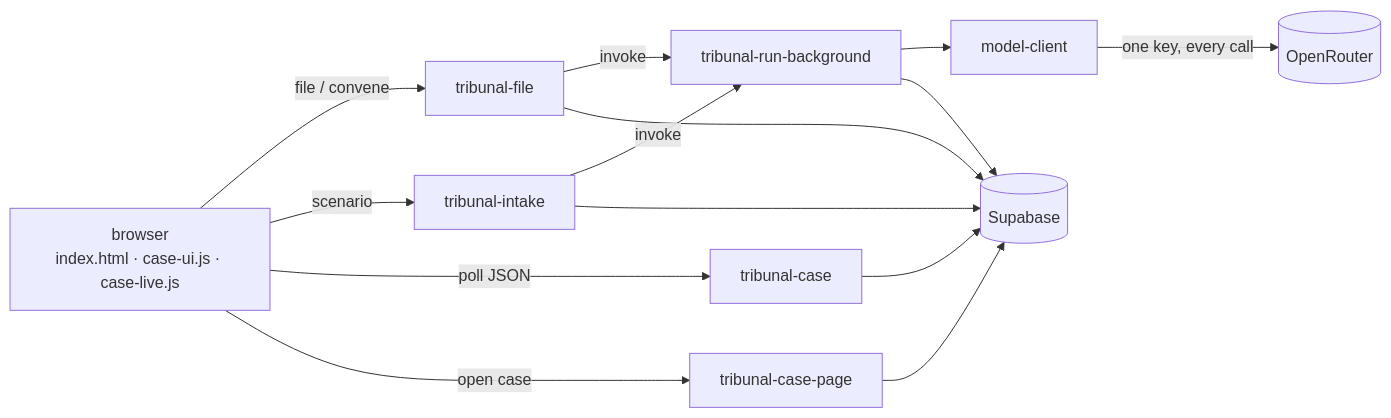
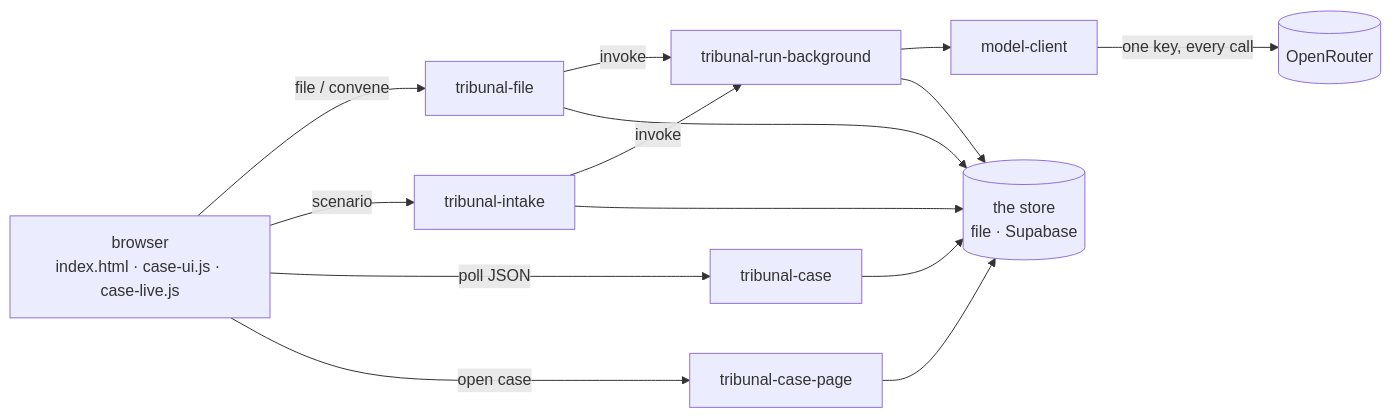
Before and after one commit to ShaharAviram1/Tribunal: the first of 2 diagrams in ARCHITECTURE.md, drawn with Mermaid. The commit also changed other lines of this file and 15 other files, not shown here.

````diff
--- a/ARCHITECTURE.md
+++ b/ARCHITECTURE.md
@@ -39,25 +45,25 @@
 ```mermaid
 flowchart LR
   B[browser<br/>index.html · case-ui.js · case-live.js]
   F[tribunal-file]
   I[tribunal-intake]
   C[tribunal-case]
   P[tribunal-case-page]
   R[tribunal-run-background]
   M[model-client]
-  S[(Supabase)]
+  S[(the store<br/>file · Supabase)]
   O[(OpenRouter)]
   B -->|file / convene| F
   B -->|scenario| I
   B -->|poll JSON| C
   B -->|open case| P
   F -->|invoke| R
   I -->|invoke| R
   R --> M
   M -->|one key, every call| O
   F --> S
   I --> S
   R --> S
   C --> S
   P --> S
 ```
````
